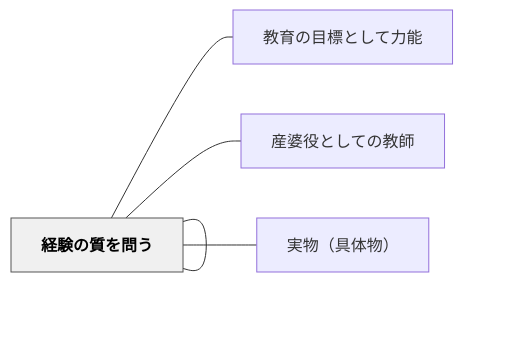
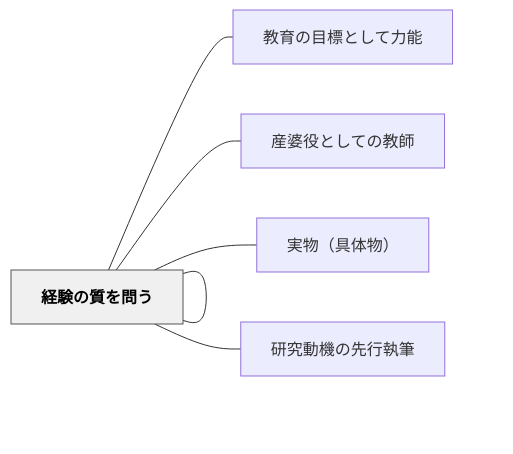
One commit to unknownthings-ed-patterns/unknownthings-ed-patterns changed the diagram in content/パタン/経験から出発すること.md. Above: the diagram before and after it, drawn with Mermaid. The commit also changed other lines of this file and 17 other files, not shown here.

````diff
--- a/content/パタン/経験から出発すること.md
+++ b/content/パタン/経験から出発すること.md
@@ -118,16 +119,18 @@
 ```mermaid
 flowchart LR
     ne7b58ce9a893["経験から出発すること"]
     ne69599e882b2["教育の目標として力能"]
     ne7b58ce9a893["経験の質を問う"]
     ne794a3e5a986["産婆役としての教師"]
     ne5ae9fe789a9["実物（具体物）"]
+    ne7a094e7a9b6["研究動機の先行執筆"]
 
     ne7b58ce9a893 --- ne69599e882b2
     ne7b58ce9a893 --- ne7b58ce9a893
     ne7b58ce9a893 --- ne794a3e5a986
     ne7b58ce9a893 --- ne5ae9fe789a9
+    ne7b58ce9a893 --- ne7a094e7a9b6
 
     classDef hub fill:#f0f0f0,stroke:#555,color:#000,font-weight:bold
     class ne7b58ce9a893 hub
 ```
````
